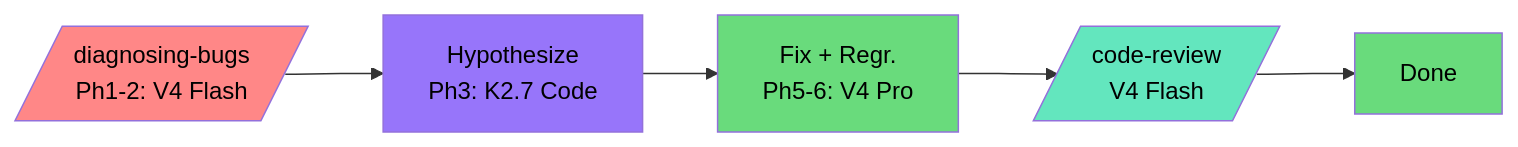
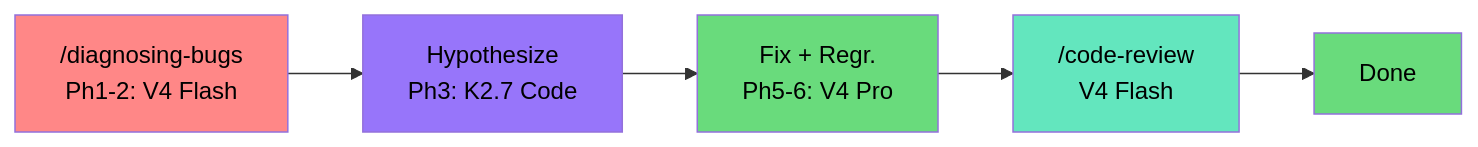
The third of 5 diagrams in README.md (elisharkray1030/ai-coding-workflow), drawn with Mermaid before and after one commit. The commit also changed other lines of this file, not shown here.

````diff
--- a/README.md
+++ b/README.md
@@ -73,18 +73,18 @@
 ```mermaid
 graph LR
-    LO[/diagnosing-bugs<br/>Ph1-2: V4 Flash/] --> HY[Hypothesize<br/>Ph3: K2.7 Code]
+    LO[ /diagnosing-bugs<br/>Ph1-2: V4 Flash] --> HY[Hypothesize<br/>Ph3: K2.7 Code]
     HY --> FX[Fix + Regr.<br/>Ph5-6: V4 Pro]
-    FX --> CR[/code-review<br/>V4 Flash/]
+    FX --> CR[ /code-review<br/>V4 Flash]
     CR --> DN[Done]
 
     classDef red fill:#ff8787,color:#000
     classDef purple fill:#9775fa,color:#000
     classDef green fill:#69db7c,color:#000
     classDef teal fill:#63e6be,color:#000
 
     class LO red
     class HY purple
     class FX green
     class CR teal
     class DN green
 ```
````
